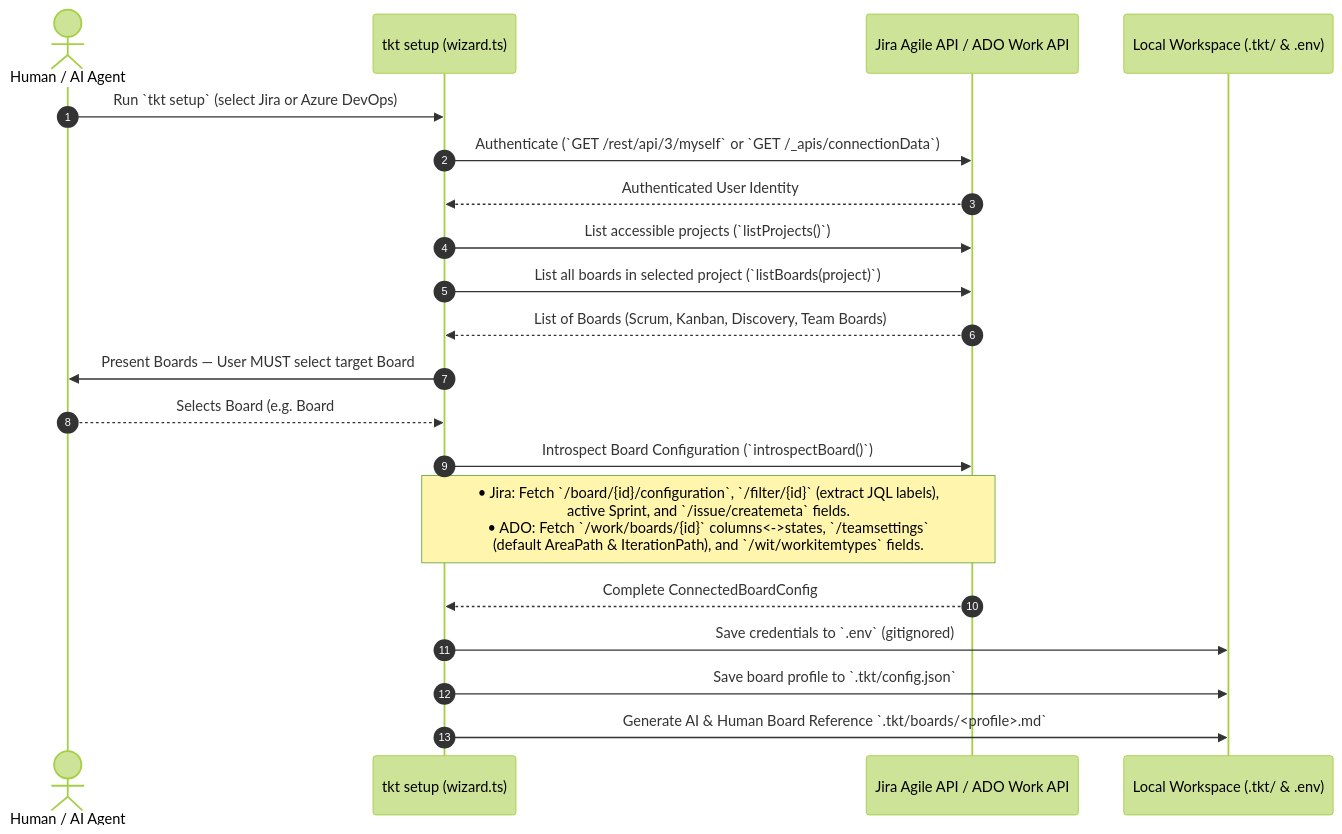
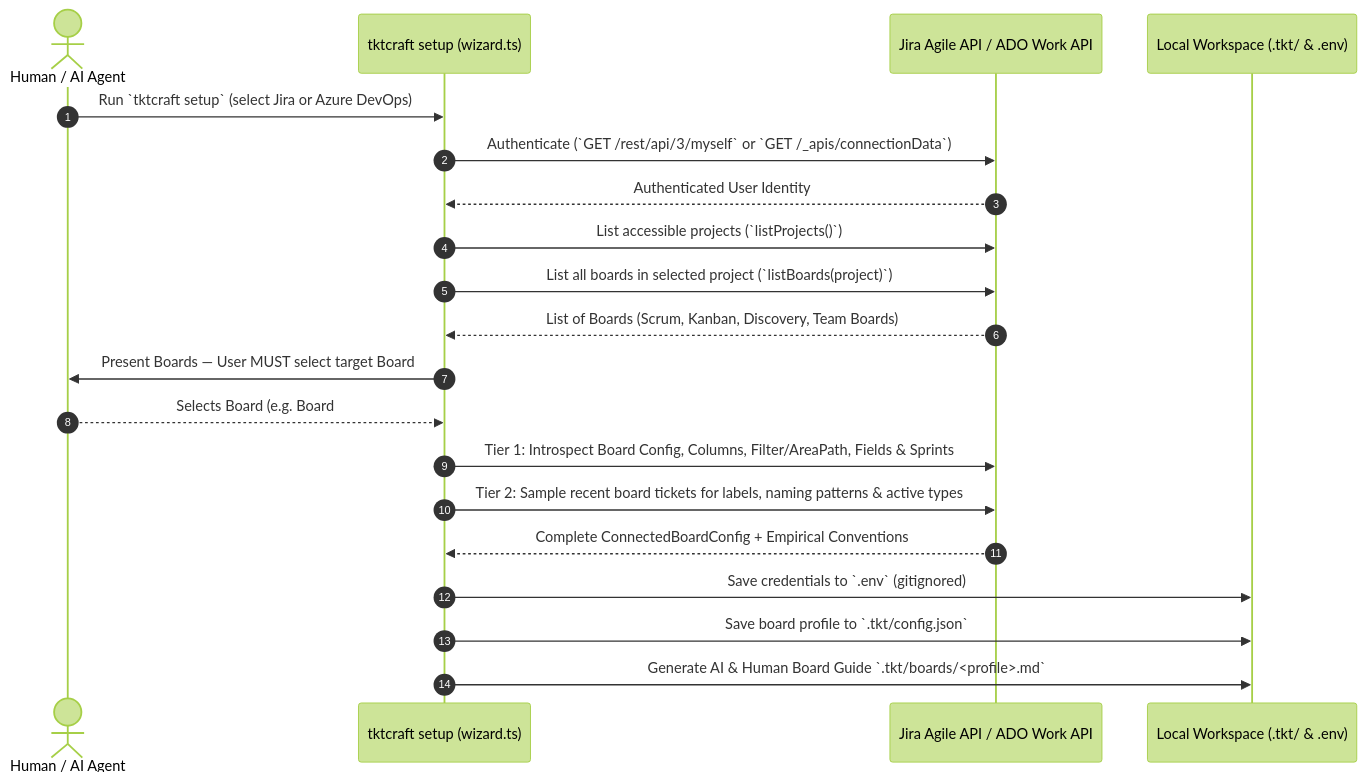
The third of 4 diagrams in ARCHITECTURE.md (sandrinio/tktcraft), drawn with Mermaid (forest theme) before and after one commit. The commit also changed other lines of this file, not shown here.

Commit message:
docs(architecture): add GitHub research findings, MCP comparison, and 3-tier board.md intelligence spec

````diff
--- a/ARCHITECTURE.md
+++ b/ARCHITECTURE.md
@@ -107,23 +153,23 @@
 ```mermaid
 sequenceDiagram
     autonumber
     actor User as Human / AI Agent
-    participant Wizard as tkt setup (wizard.ts)
+    participant Wizard as tktcraft setup (wizard.ts)
     participant API as Jira Agile API / ADO Work API
     participant Disk as Local Workspace (.tkt/ & .env)
 
-    User->>Wizard: Run `tkt setup` (select Jira or Azure DevOps)
+    User->>Wizard: Run `tktcraft setup` (select Jira or Azure DevOps)
     Wizard->>API: Authenticate (`GET /rest/api/3/myself` or `GET /_apis/connectionData`)
     API-->>Wizard: Authenticated User Identity
     Wizard->>API: List accessible projects (`listProjects()`)
     Wizard->>API: List all boards in selected project (`listBoards(project)`)
     API-->>Wizard: List of Boards (Scrum, Kanban, Discovery, Team Boards)
     Wizard->>User: Present Boards — User MUST select target Board
     User-->>Wizard: Selects Board (e.g. Board #4887 or "Team Alpha — Stories")
-    Wizard->>API: Introspect Board Configuration (`introspectBoard()`)
-    Note over Wizard,API: • Jira: Fetch `/board/{id}/configuration`, `/filter/{id}` (extract JQL labels),<br/>active Sprint, and `/issue/createmeta` fields.<br/>• ADO: Fetch `/work/boards/{id}` columns<->states, `/teamsettings`<br/>(default AreaPath & IterationPath), and `/wit/workitemtypes` fields.
-    API-->>Wizard: Complete ConnectedBoardConfig
+    Wizard->>API: Tier 1: Introspect Board Config, Columns, Filter/AreaPath, Fields & Sprints
+    Wizard->>API: Tier 2: Sample recent board tickets for labels, naming patterns & active types
+    API-->>Wizard: Complete ConnectedBoardConfig + Empirical Conventions
     Wizard->>Disk: Save credentials to `.env` (gitignored)
     Wizard->>Disk: Save board profile to `.tkt/config.json`
-    Wizard->>Disk: Generate AI & Human Board Reference `.tkt/boards/<profile>.md`
+    Wizard->>Disk: Generate AI & Human Board Guide `.tkt/boards/<profile>.md`
 ```
````
